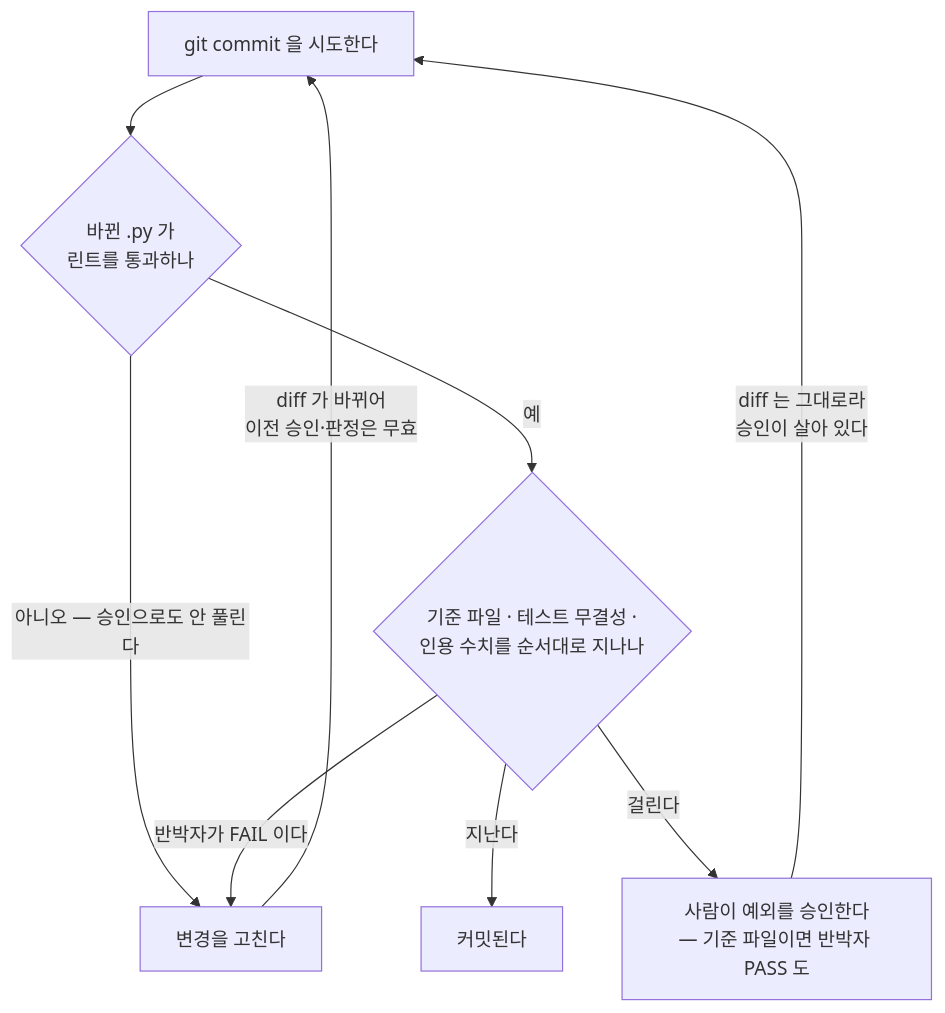
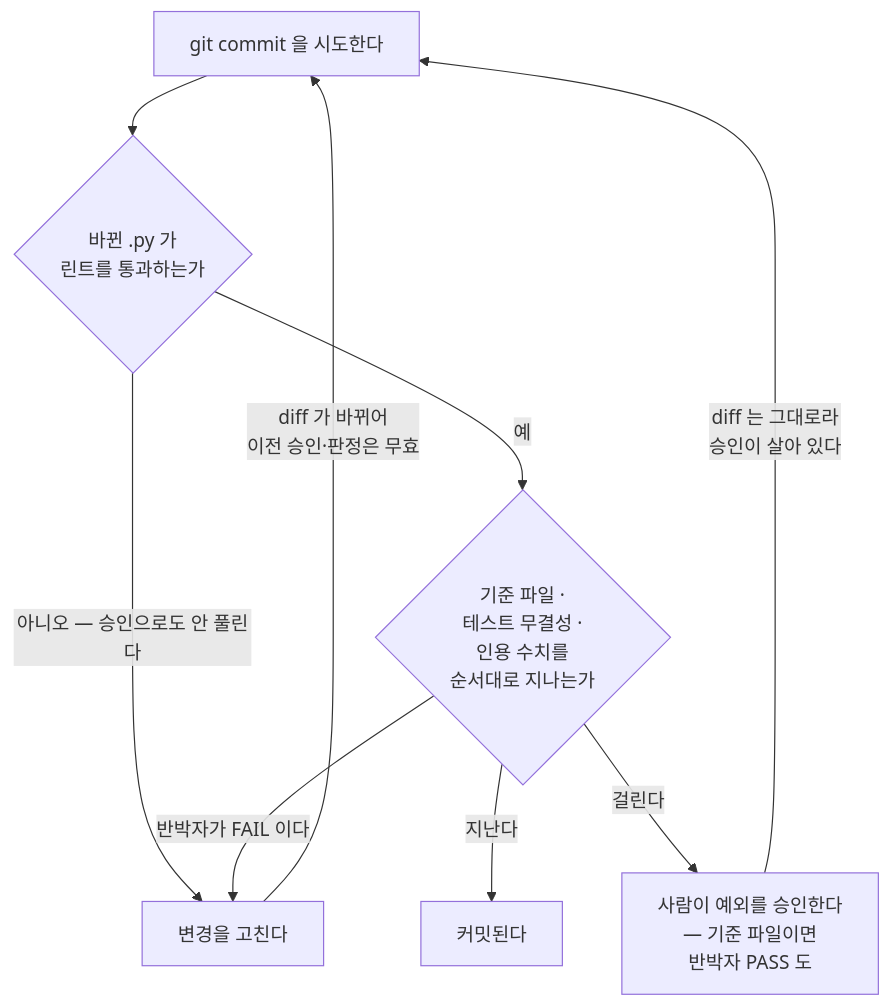
One commit to groovallstar/ner-pipeline-public changed the second of 2 diagrams in CLAUDE.md. Above: the diagram before and after it, drawn with Mermaid. The commit also changed other lines of this file, not shown here.

````diff
--- a/CLAUDE.md
+++ b/CLAUDE.md
@@ -81,11 +81,11 @@
 ```mermaid
 flowchart TD
-    C["git commit 을 시도한다"] --> L{"바뀐 .py 가<br/>린트를 통과하나"}
+    C["git commit 을 시도한다"] --> L{"바뀐 .py 가<br/>린트를 통과하는가"}
     L -->|"아니오 — 승인으로도 안 풀린다"| FIX["변경을 고친다"]
-    L -->|"예"| K{"기준 파일 · 테스트 무결성 ·<br/>인용 수치를 순서대로 지나나"}
+    L -->|"예"| K{"기준 파일 ·<br/>테스트 무결성 ·<br/>인용 수치를<br/>순서대로 지나는가"}
     K -->|"지난다"| OK["커밋된다"]
-    K -->|"걸린다"| ASK["사람이 예외를 승인한다<br/>— 기준 파일이면 반박자 PASS 도"]
+    K -->|"걸린다"| ASK["사람이 예외를 승인한다<br/>— 기준 파일이면<br/>반박자 PASS 도"]
     K -->|"반박자가 FAIL 이다"| FIX
     ASK -->|"diff 는 그대로라<br/>승인이 살아 있다"| C
     FIX -->|"diff 가 바뀌어<br/>이전 승인·판정은 무효"| C
 ```
````
